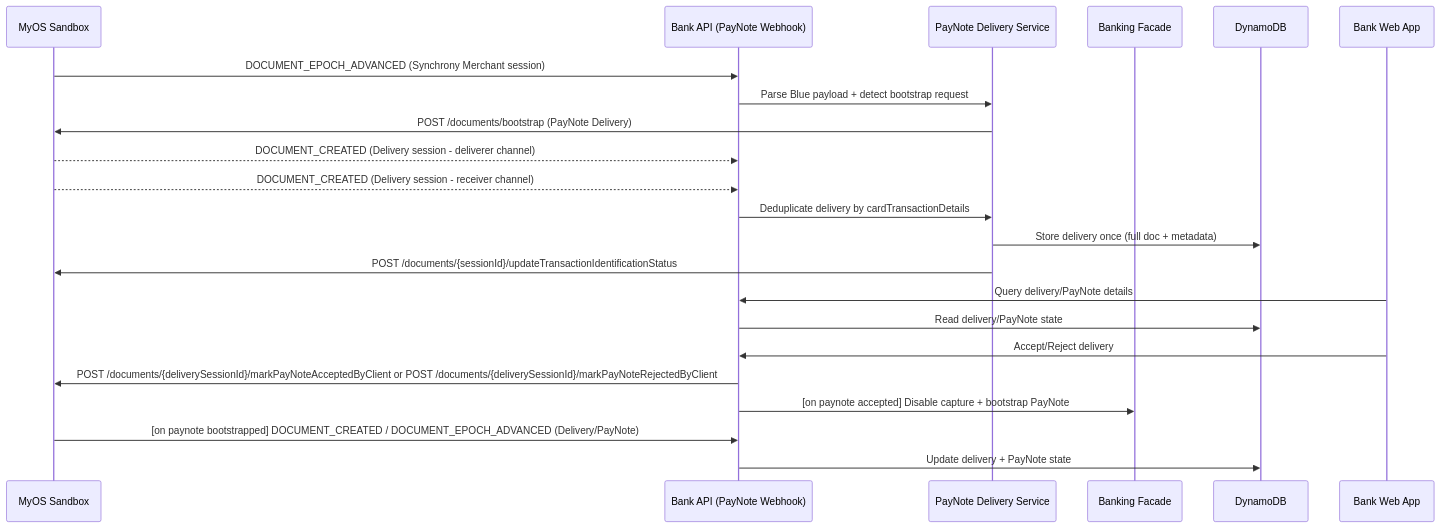
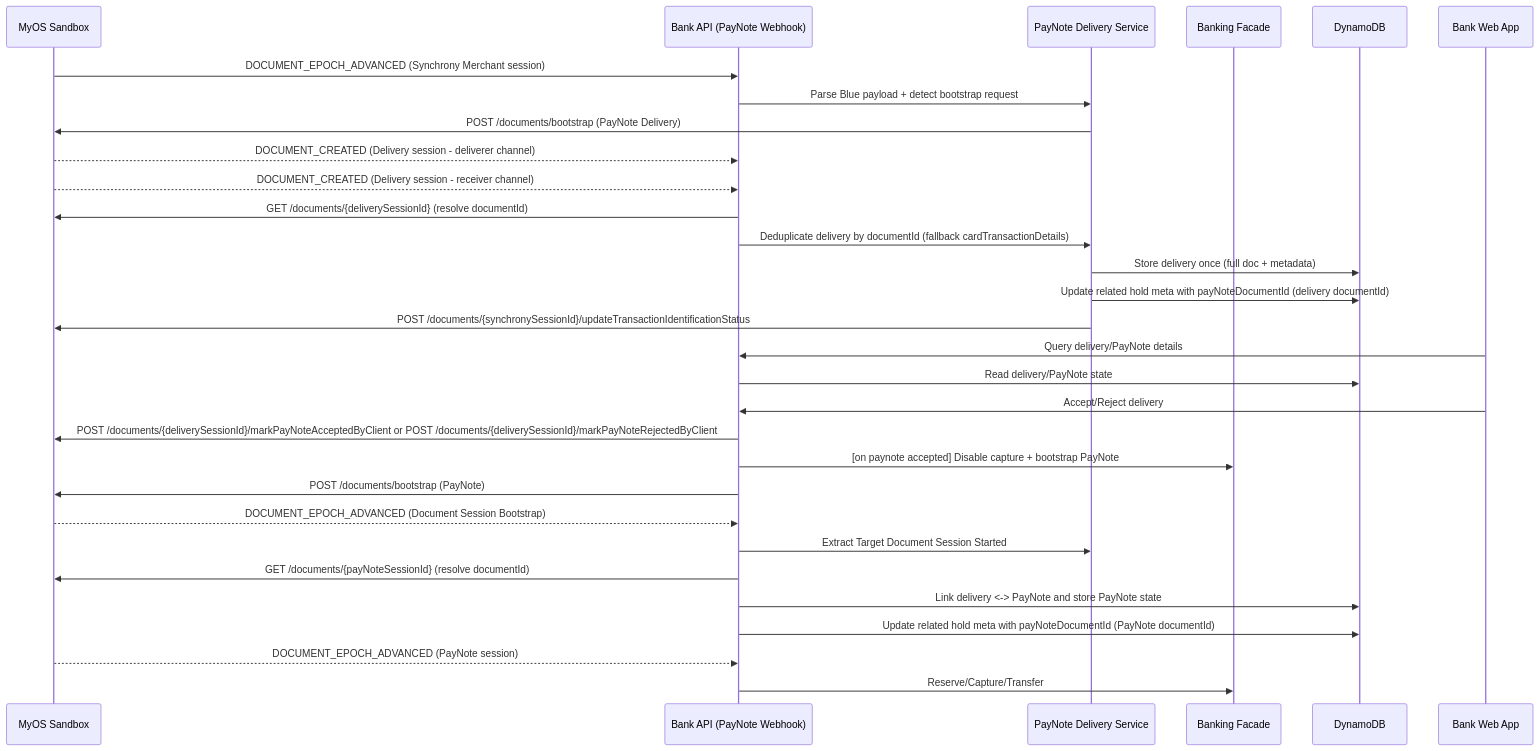
One commit to bluecontract/demo-bank-app changed the diagram in docs/design/008-paynote-integration.md. Above: the diagram before and after it, drawn with Mermaid. The commit also changed other lines of this file and 115 other files, not shown here.

````diff
--- a/docs/design/008-paynote-integration.md
+++ b/docs/design/008-paynote-integration.md
@@ -21,25 +37,33 @@
 ```mermaid
 sequenceDiagram
   participant MyOS as MyOS Sandbox
   participant API as Bank API (PayNote Webhook)
   participant PAY as PayNote Delivery Service
   participant BANK as Banking Facade
   participant DB as DynamoDB
   participant UI as Bank Web App
 
   MyOS->>API: DOCUMENT_EPOCH_ADVANCED (Synchrony Merchant session)
   API->>PAY: Parse Blue payload + detect bootstrap request
   PAY->>MyOS: POST /documents/bootstrap (PayNote Delivery)
   MyOS-->>API: DOCUMENT_CREATED (Delivery session - deliverer channel)
   MyOS-->>API: DOCUMENT_CREATED (Delivery session - receiver channel)
-  API->>PAY: Deduplicate delivery by cardTransactionDetails
+  API->>MyOS: GET /documents/{deliverySessionId} (resolve documentId)
+  API->>PAY: Deduplicate delivery by documentId (fallback cardTransactionDetails)
   PAY->>DB: Store delivery once (full doc + metadata)
-  PAY->>MyOS: POST /documents/{sessionId}/updateTransactionIdentificationStatus
+  PAY->>DB: Update related hold meta with payNoteDocumentId (delivery documentId)
+  PAY->>MyOS: POST /documents/{synchronySessionId}/updateTransactionIdentificationStatus
   UI->>API: Query delivery/PayNote details
   API->>DB: Read delivery/PayNote state
   UI->>API: Accept/Reject delivery
   API->>MyOS: POST /documents/{deliverySessionId}/markPayNoteAcceptedByClient or POST /documents/{deliverySessionId}/markPayNoteRejectedByClient
   API->>BANK: [on paynote accepted] Disable capture + bootstrap PayNote
-  MyOS->>API: [on paynote bootstrapped] DOCUMENT_CREATED / DOCUMENT_EPOCH_ADVANCED (Delivery/PayNote)
-  API->>DB: Update delivery + PayNote state
+  API->>MyOS: POST /documents/bootstrap (PayNote)
+  MyOS-->>API: DOCUMENT_EPOCH_ADVANCED (Document Session Bootstrap)
+  API->>PAY: Extract Target Document Session Started
+  API->>MyOS: GET /documents/{payNoteSessionId} (resolve documentId)
+  API->>DB: Link delivery <-> PayNote and store PayNote state
+  API->>DB: Update related hold meta with payNoteDocumentId (PayNote documentId)
+  MyOS-->>API: DOCUMENT_EPOCH_ADVANCED (PayNote session)
+  API->>BANK: Reserve/Capture/Transfer
 ```
````
